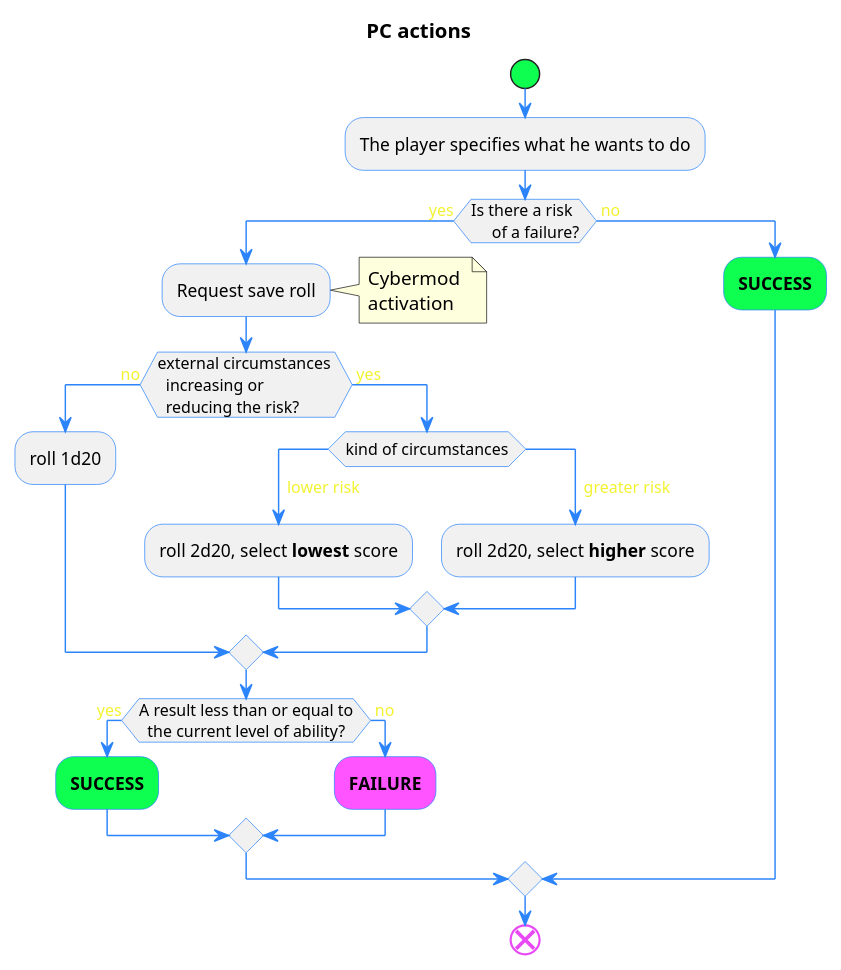
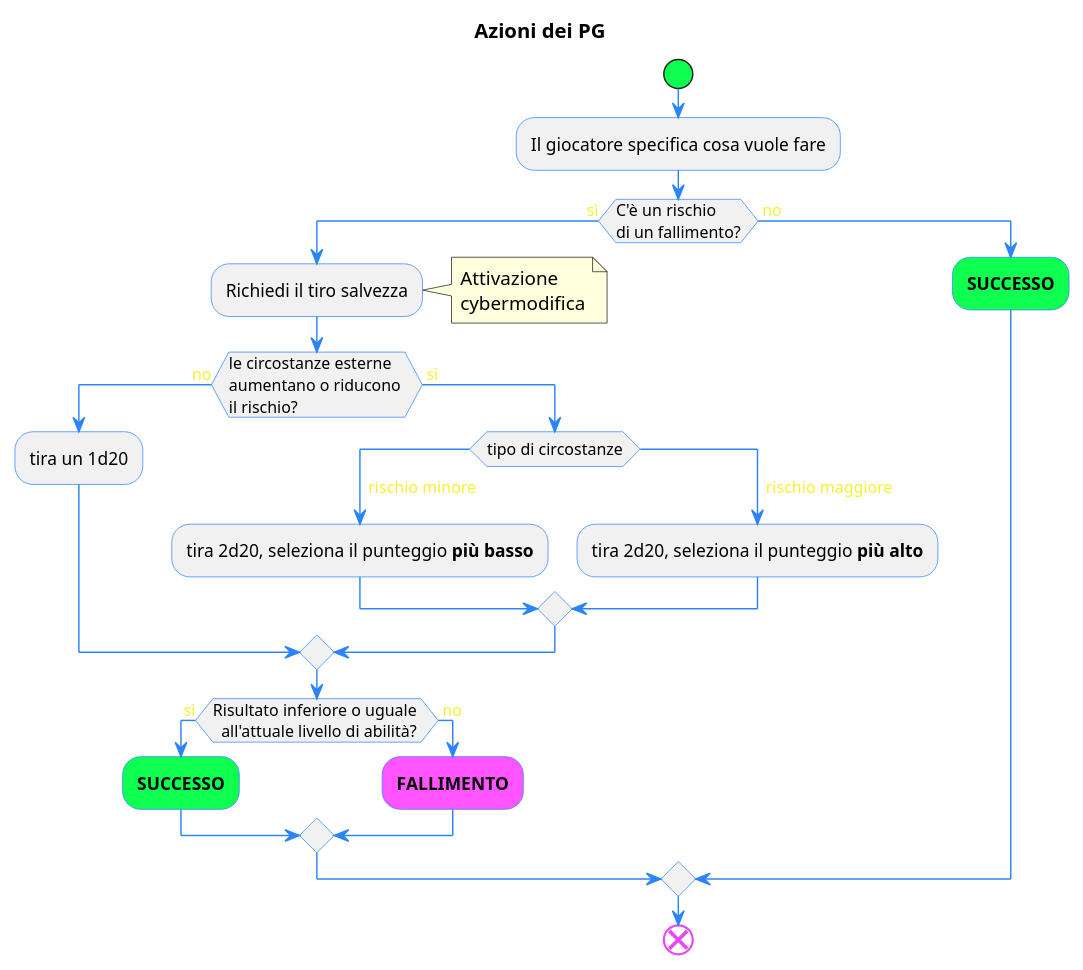
The first of 5 diagrams in datapack/algorithms.plantuml (Italian-Translation-Alliance/cyber-ita), drawn with PlantUML before and after one commit. The commit also changed other lines of this file and 18 other files, not shown here.

```diff
--- a/datapack/algorithms.plantuml
+++ b/datapack/algorithms.plantuml
@@ -1,43 +1,43 @@
-@startuml "PC actions"
+@startuml "Azioni dei PG"
 skinparam defaultFontName Oxanium
 skinparam activity {
   StartColor #0fff50
   BarColor #2c84fa
   EndColor #e949f5
   BorderColor #2c84fa
   ArrowColor #2c84fa
   FontName Oxanium
 }
-title "PC actions" 
+title "Azioni dei PG" 
 start
-:The player specifies what he wants to do;
-if (Is there a risk
-     of a failure?) then (<color:#f2f230>  yes)
-:Request save roll;
+:Il giocatore specifica cosa vuole fare;
+if (C'è un rischio
+di un fallimento?) then (<color:#f2f230>  sì)
+:Richiedi il tiro salvezza;
   note right
-   Cybermod 
-   activation
+   Attivazione 
+   cybermodifica
   endnote
-  if (external circumstances 
-  increasing or
-  reducing the risk?) then (<color:#f2f230> no)
-    :roll 1d20;
-  else (<color:#f2f230> yes)
-   switch (kind of circumstances) 
-   case ( <color:#f2f230> lower risk)
-   :roll 2d20, select **lowest** score;
-   case ( <color:#f2f230> greater risk)
-   :roll 2d20, select **higher** score;
+  if (le circostanze esterne 
+aumentano o riducono 
+il rischio?) then (<color:#f2f230> no)
+    :tira un 1d20;
+  else (<color:#f2f230> sì)
+   switch (tipo di circostanze) 
+   case ( <color:#f2f230> rischio minore)
+   :tira 2d20, seleziona il punteggio **più basso**;
+   case ( <color:#f2f230> rischio maggiore)
+   :tira 2d20, seleziona il punteggio **più alto**;
    endswitch
   endif 
-  if (A result less than or equal to
-  the current level of ability?) then (<color:#f2f230> yes)
-  #0fff50 :**SUCCESS**;
+  if (Risultato inferiore o uguale 
+  all'attuale livello di abilità?) then (<color:#f2f230> sì)
+  #0fff50 :**SUCCESSO**;
   else (<color:#f2f230> no)
-  #ff54ff :**FAILURE**;
+  #ff54ff :**FALLIMENTO**;
   endif
 else (<color:#f2f230> no)
-#0fff50 :**SUCCESS**;
+#0fff50 :**SUCCESSO**;
 endif 
 end
 @enduml
```
